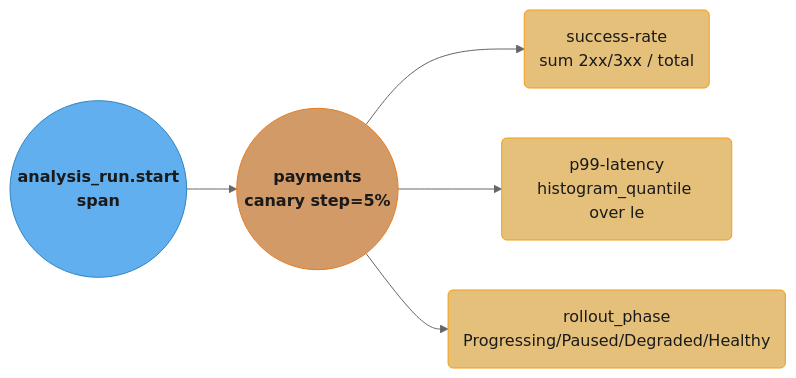
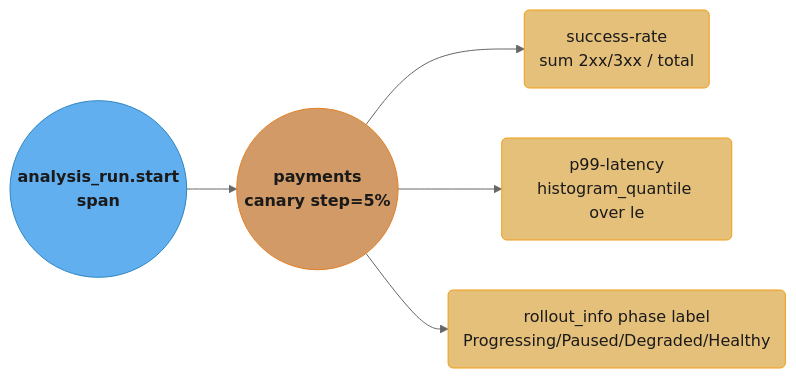
The sixth of 6 diagrams in src/main/java/com/rutik/systemdesign/devops/case_studies/design_gitops_delivery_pipeline.md (rppol/system-design), drawn with Mermaid (neutral theme) before and after one commit. The commit also changed other lines of this file and 2 other files, not shown here.

````diff
--- a/src/main/java/com/rutik/systemdesign/devops/case_studies/design_gitops_delivery_pipeline.md
+++ b/src/main/java/com/rutik/systemdesign/devops/case_studies/design_gitops_delivery_pipeline.md
@@ -734,19 +743,19 @@
 ```mermaid
 flowchart LR
     classDef io      fill:#61afef,stroke:#2e86c1,color:#1a1a1a,font-weight:bold
     classDef frozen  fill:#c678dd,stroke:#9b59b6,color:#fff
     classDef train   fill:#98c379,stroke:#27ae60,color:#1a1a1a
     classDef mathOp  fill:#d19a66,stroke:#e67e22,color:#1a1a1a,font-weight:bold
     classDef lossN   fill:#e06c75,stroke:#c0392b,color:#fff,font-weight:bold
     classDef req     fill:#56b6c2,stroke:#0097a7,color:#1a1a1a
     classDef base    fill:#e5c07b,stroke:#f39c12,color:#1a1a1a
 
     Span(("analysis_run.start<br/>span")) --> Step(("payments<br/>canary step=5%"))
     Step --> M1(success-rate<br/>sum 2xx/3xx / total)
     Step --> M2(p99-latency<br/>histogram_quantile over le)
-    Step --> M3(rollout_phase<br/>Progressing/Paused/Degraded/Healthy)
+    Step --> M3(rollout_info phase label<br/>Progressing/Paused/Degraded/Healthy)
 
     class Span io
     class Step mathOp
     class M1,M2,M3 base
 ```
````
